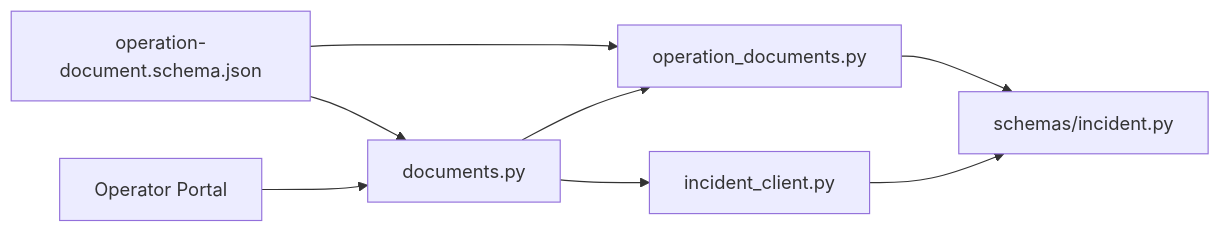
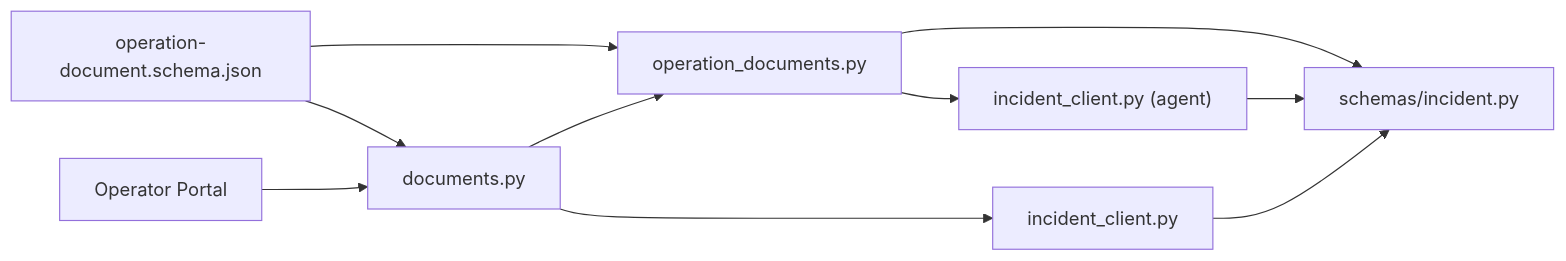
Before and after one commit to metasync/luban-aiops: the fifth of 6 diagrams in .qoder/repowiki/en/content/Architecture Documentation/SPEC-043_ Incident Report Document Type.md, drawn with Mermaid. The commit also changed other lines of this file and 72 other files, not shown here.

````diff
--- a/.qoder/repowiki/en/content/Architecture Documentation/SPEC-043_ Incident Report Document Type.md
+++ b/.qoder/repowiki/en/content/Architecture Documentation/SPEC-043_ Incident Report Document Type.md
@@ -254,10 +273,12 @@
 ```mermaid
 graph LR
 Schema["operation-document.schema.json"] --> Agent["operation_documents.py"]
 Schema --> Gateway["documents.py"]
 Gateway --> Agent
 Agent --> IncidentModels["schemas/incident.py"]
 Gateway --> IncidentClient["incident_client.py"]
 IncidentClient --> IncidentModels
 Portal["Operator Portal"] --> Gateway
+Agent --> IncidentClientNew["incident_client.py (agent)"]
+IncidentClientNew --> IncidentModels
 ```
````
